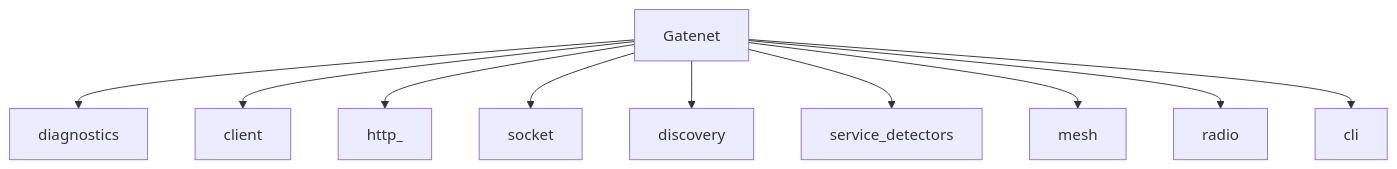
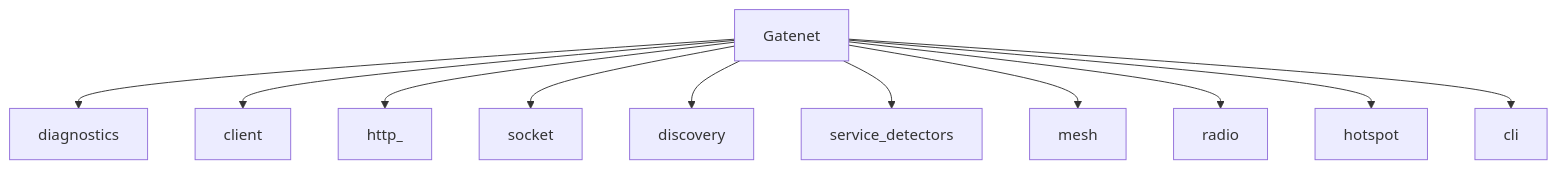
Before and after one commit to clxrityy/gatenet: the diagram in docs/source/architecture.rst, drawn with Mermaid. The commit also changed other lines of this file and 41 other files, not shown here.

```diff
--- a/docs/source/architecture.rst
+++ b/docs/source/architecture.rst
@@ -9,13 +9,14 @@
 .. mermaid::
 
    flowchart TD
      Gatenet
      Gatenet --> diagnostics
      Gatenet --> client
      Gatenet --> http_
      Gatenet --> socket
      Gatenet --> discovery
      Gatenet --> service_detectors
      Gatenet --> mesh
      Gatenet --> radio
+     Gatenet --> hotspot
      Gatenet --> cli
```
